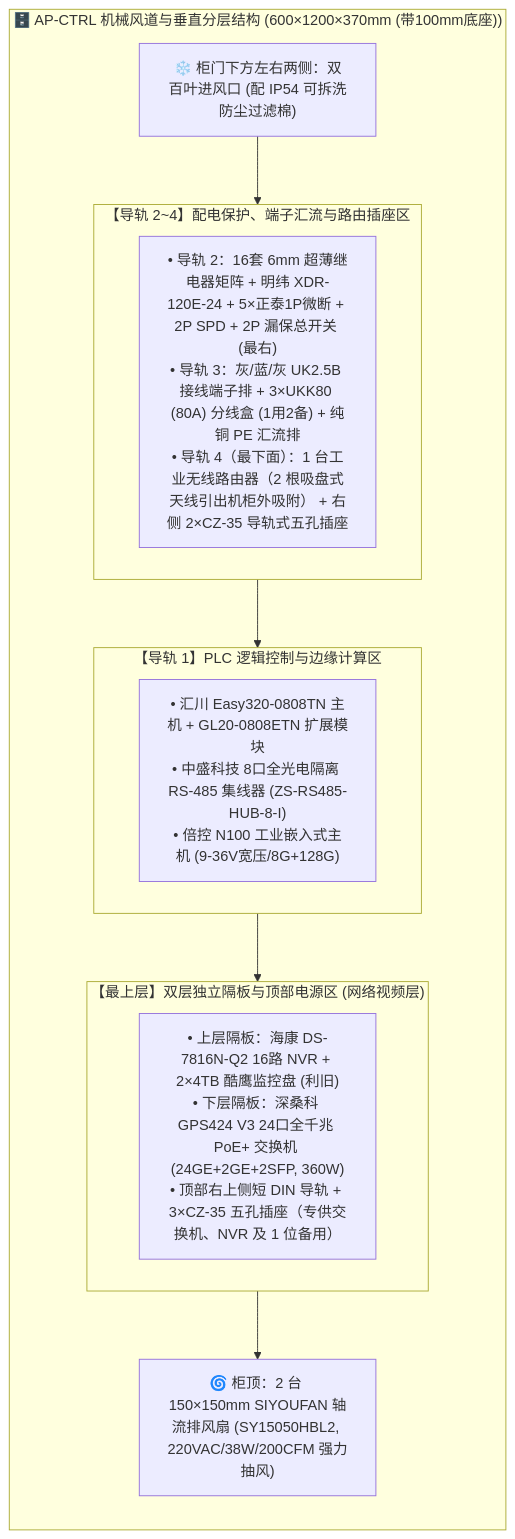
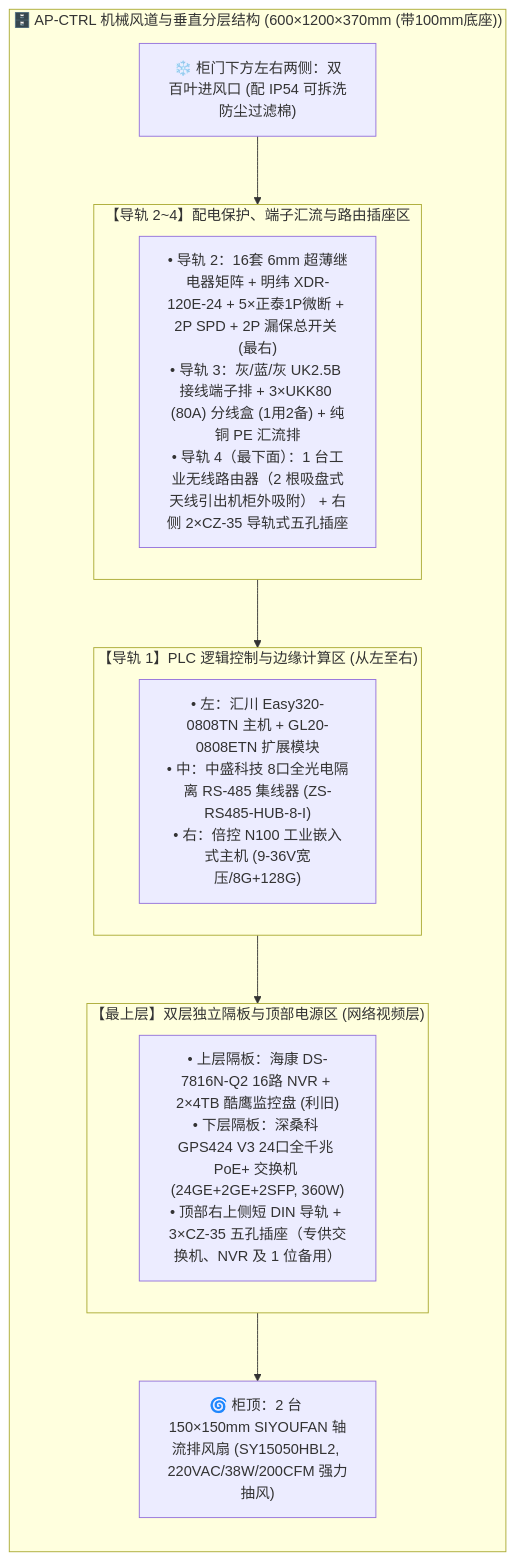
One commit to digitalboy/aquaponics changed the diagram in docs/02_requirements_and_plans/03_engineering_specs/04_中央PLC智能主控制柜配盘与电气工程规范.md. Above: the diagram before and after it, drawn with Mermaid. The commit also changed 7 other files, not shown here.

Commit message:
feat: add panel fixture JSON files for schema testing

````diff
--- a/docs/02_requirements_and_plans/03_engineering_specs/04_中央PLC智能主控制柜配盘与电气工程规范.md
+++ b/docs/02_requirements_and_plans/03_engineering_specs/04_中央PLC智能主控制柜配盘与电气工程规范.md
@@ -59,26 +59,26 @@
 ```mermaid
 flowchart TD
     subgraph Cabinet ["🗄️ AP-CTRL 机械风道与垂直分层结构 (600×1200×370mm (带100mm底座))"]
         direction TB
         Fans["🌀 柜顶：2 台 150×150mm SIYOUFAN 轴流排风扇 (SY15050HBL2, 220VAC/38W/200CFM 强力抽风)"]
         
         subgraph TopLayer ["【最上层】双层独立隔板与顶部电源区 (网络视频层)"]
             TopNet["• 上层隔板：海康 DS-7816N-Q2 16路 NVR + 2×4TB 酷鹰监控盘 (利旧)<br>• 下层隔板：深桑科 GPS424 V3 24口全千兆 PoE+ 交换机 (24GE+2GE+2SFP, 360W)<br>• 顶部右上侧短 DIN 导轨 + 3×CZ-35 五孔插座（专供交换机、NVR 及 1 位备用）"]
         end
         
-        subgraph MidLayer ["【导轨 1】PLC 逻辑控制与边缘计算区"]
-            MidPLC["• 汇川 Easy320-0808TN 主机 + GL20-0808ETN 扩展模块<br>• 中盛科技 8口全光电隔离 RS-485 集线器 (ZS-RS485-HUB-8-I)<br>• 倍控 N100 工业嵌入式主机 (9-36V宽压/8G+128G)"]
+        subgraph MidLayer ["【导轨 1】PLC 逻辑控制与边缘计算区 (从左至右)"]
+            MidPLC["• 左：汇川 Easy320-0808TN 主机 + GL20-0808ETN 扩展模块<br>• 中：中盛科技 8口全光电隔离 RS-485 集线器 (ZS-RS485-HUB-8-I)<br>• 右：倍控 N100 工业嵌入式主机 (9-36V宽压/8G+128G)"]
         end
         
         subgraph BottomLayer ["【导轨 2~4】配电保护、端子汇流与路由插座区"]
             BottomElec["• 导轨 2：16套 6mm 超薄继电器矩阵 + 明纬 XDR-120E-24 + 5×正泰1P微断 + 2P SPD + 2P 漏保总开关 (最右)<br>• 导轨 3：灰/蓝/灰 UK2.5B 接线端子排 + 3×UKK80 (80A) 分线盒 (1用2备) + 纯铜 PE 汇流排<br>• 导轨 4（最下面）：1 台工业无线路由器（2 根吸盘式天线引出机柜外吸附） + 右侧 2×CZ-35 导轨式五孔插座"]
         end
         
         Intake["❄️ 柜门下方左右两侧：双百叶进风口 (配 IP54 可拆洗防尘过滤棉)"]
         
         Intake --> BottomLayer
         BottomLayer --> MidLayer
         MidLayer --> TopLayer
         TopLayer --> Fans
     end
 ```
````
